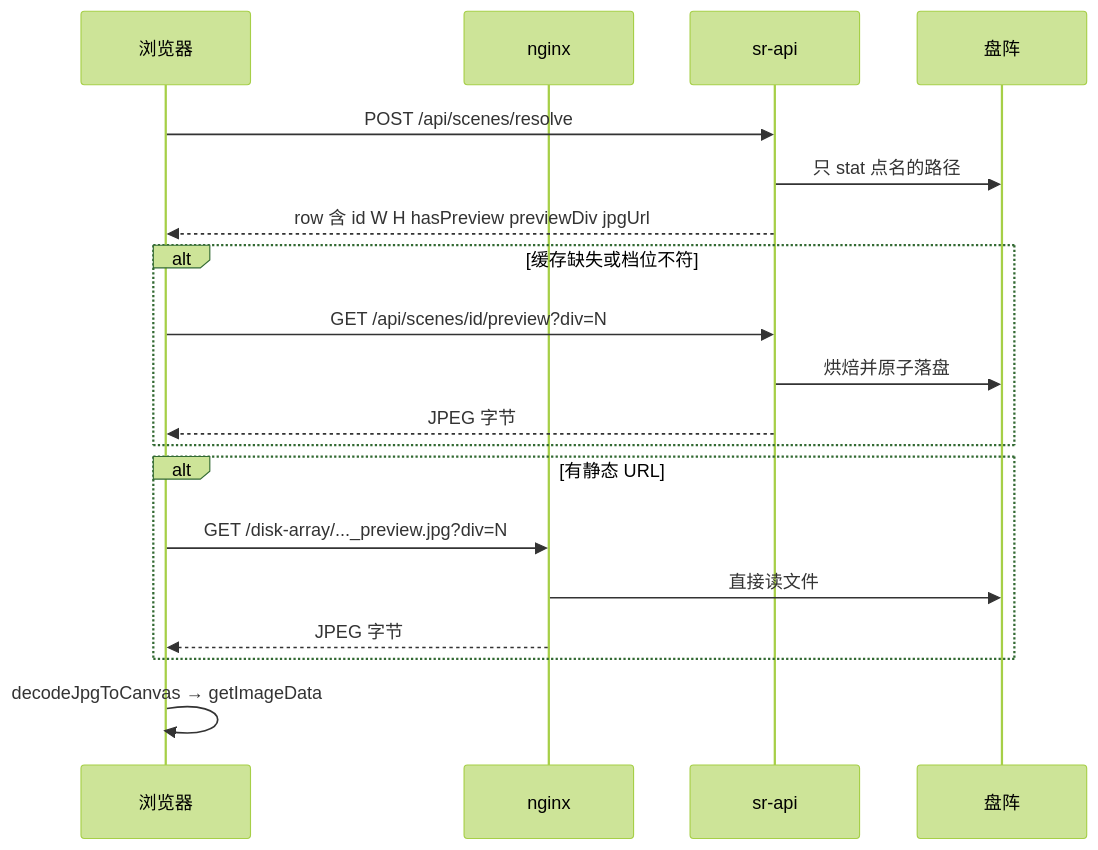
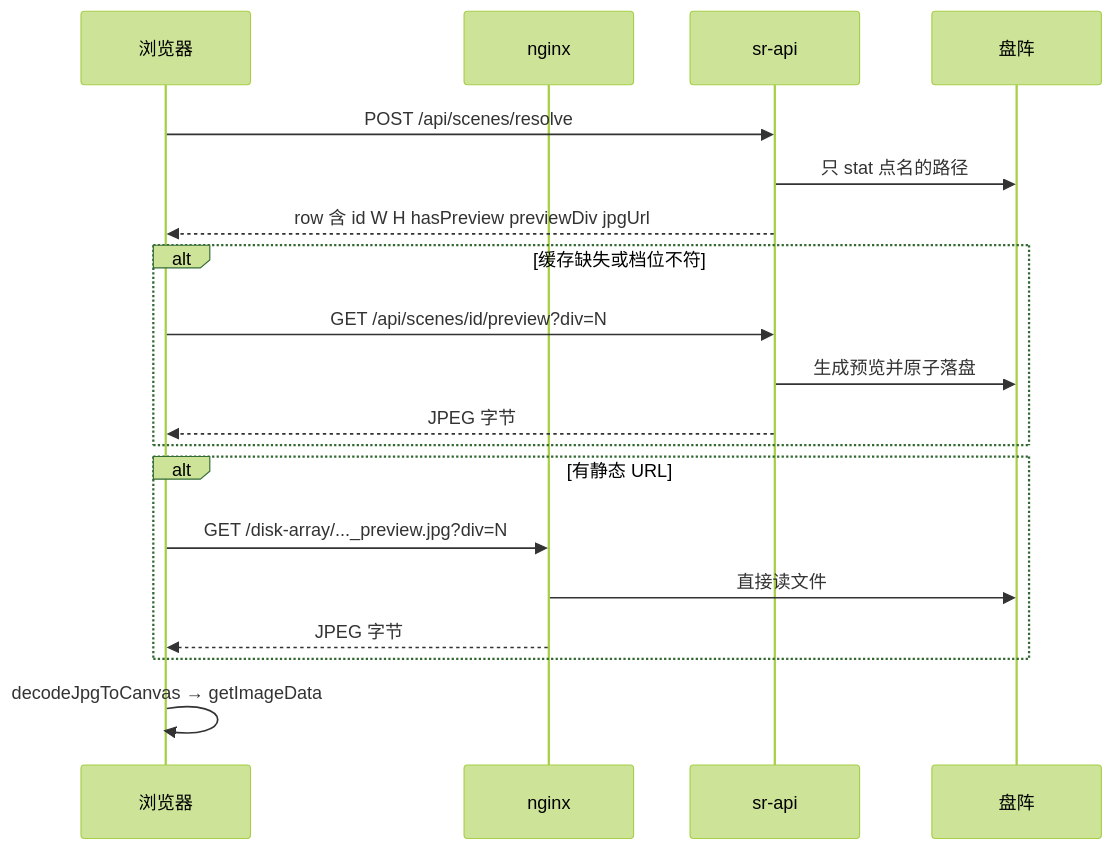
The fifth of 5 diagrams in docs/knowledge/io-pipeline/scene-io.md (Jason001028/sr_agent_platform), drawn with Mermaid (forest theme) before and after one commit. The commit also changed other lines of this file and 99 other files, not shown here.

````diff
--- a/docs/knowledge/io-pipeline/scene-io.md
+++ b/docs/knowledge/io-pipeline/scene-io.md
@@ -161,25 +161,25 @@
 ```mermaid
 sequenceDiagram
   participant FE as 浏览器
   participant NG as nginx
   participant API as sr-api
   participant DISK as 盘阵
 
   FE->>API: POST /api/scenes/resolve
   API->>DISK: 只 stat 点名的路径
   API-->>FE: row 含 id W H hasPreview previewDiv jpgUrl
 
   alt 缓存缺失或档位不符
     FE->>API: GET /api/scenes/id/preview?div=N
-    API->>DISK: 烘焙并原子落盘
+    API->>DISK: 生成预览并原子落盘
     API-->>FE: JPEG 字节
   end
 
   alt 有静态 URL
     FE->>NG: GET /disk-array/..._preview.jpg?div=N
     NG->>DISK: 直接读文件
     NG-->>FE: JPEG 字节
   end
 
   FE->>FE: decodeJpgToCanvas → getImageData
 ```
````
